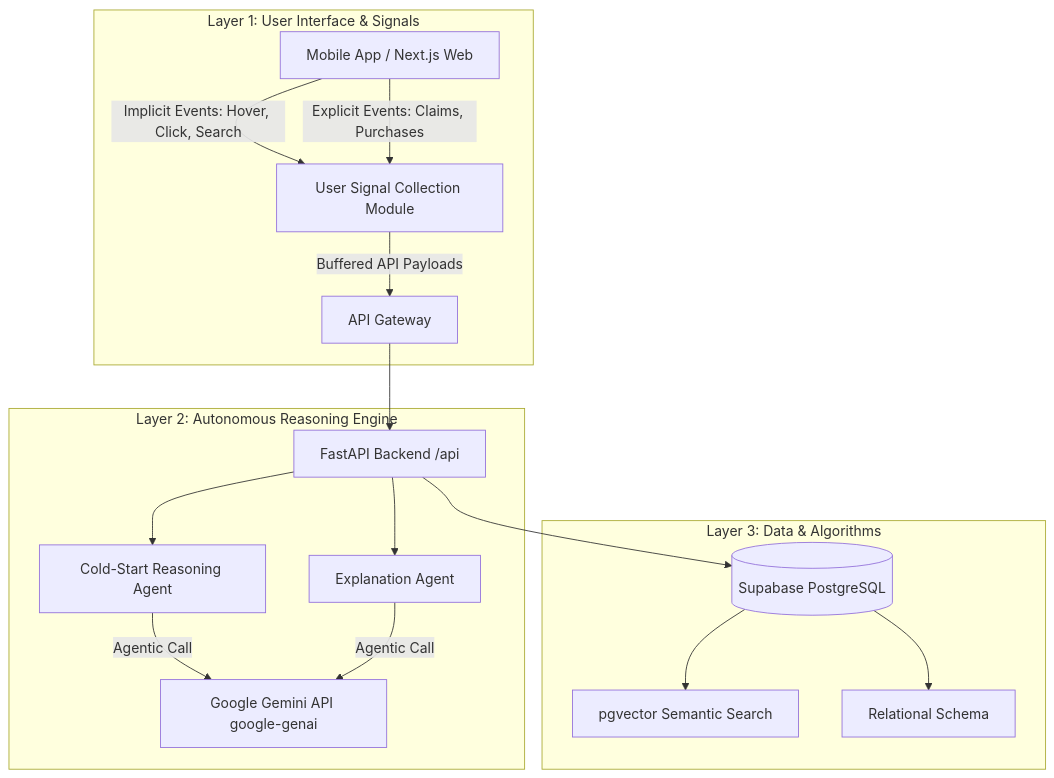
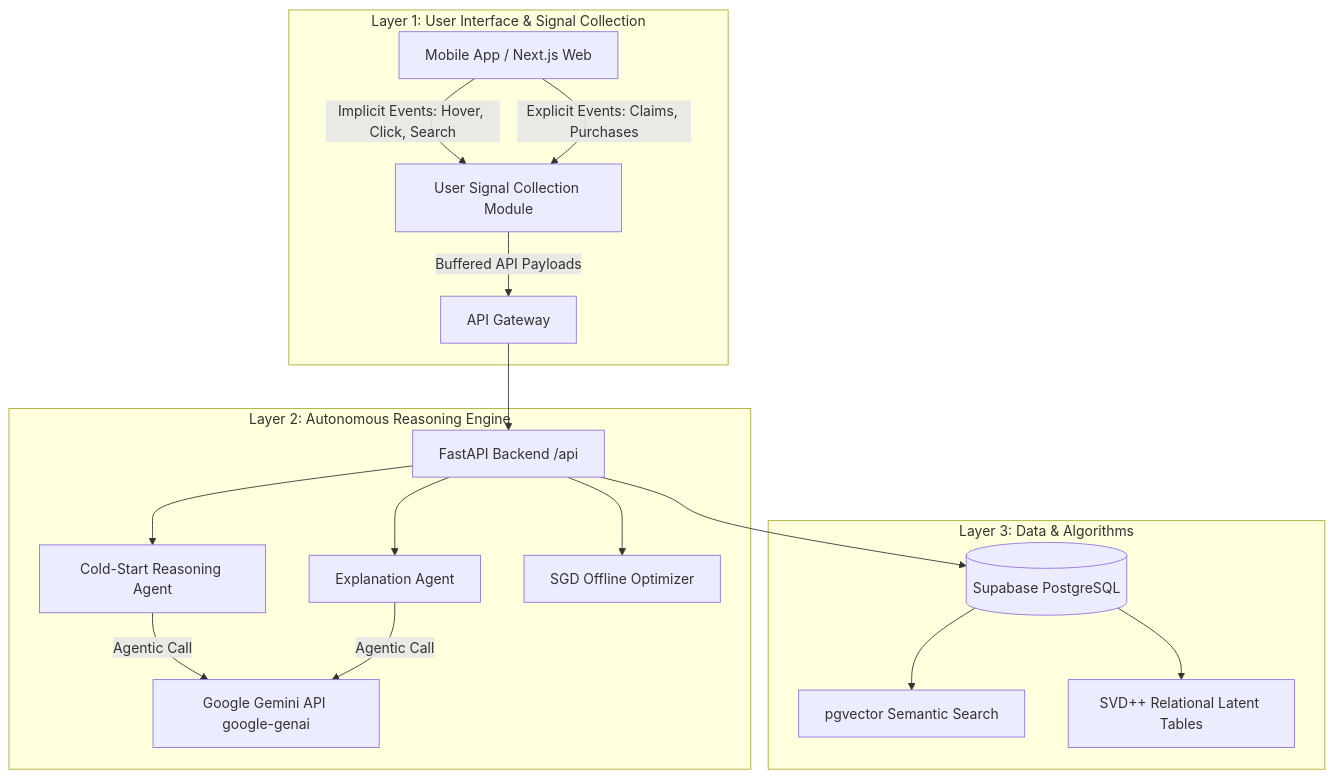
One commit to tripzydevops/tripzytravelanti changed the diagram in docs/RD_TECHNICAL_REPORT.md. Above: the diagram before and after it, drawn with Mermaid. The commit also changed other lines of this file and 34 other files, not shown here.

Commit message:
feat(telemetry, recommendation, rls): add implicit signal collection pipeline, batch ingestion, svd++ trainer, and enable rls security

````diff
--- a/docs/RD_TECHNICAL_REPORT.md
+++ b/docs/RD_TECHNICAL_REPORT.md
@@ -25,22 +44,23 @@
 ```mermaid
 graph TD
-    subgraph Layer 1: User Interface & Signals
+    subgraph Layer 1: User Interface & Signal Collection
         A[Mobile App / Next.js Web] -->|Implicit Events: Hover, Click, Search| B[User Signal Collection Module]
         A -->|Explicit Events: Claims, Purchases| B
         B -->|Buffered API Payloads| C[API Gateway]
     end
 
     subgraph Layer 2: Autonomous Reasoning Engine
         C --> D[FastAPI Backend /api]
         D --> E[Cold-Start Reasoning Agent]
         D --> F[Explanation Agent]
         E -->|Agentic Call| G[Google Gemini API google-genai]
         F -->|Agentic Call| G
+        D --> K[SGD Offline Optimizer]
     end
 
     subgraph Layer 3: Data & Algorithms
         D --> H[(Supabase PostgreSQL)]
         H --> I[pgvector Semantic Search]
-        H --> J[Relational Schema]
+        H --> J[SVD++ Relational Latent Tables]
     end
 ```
````
